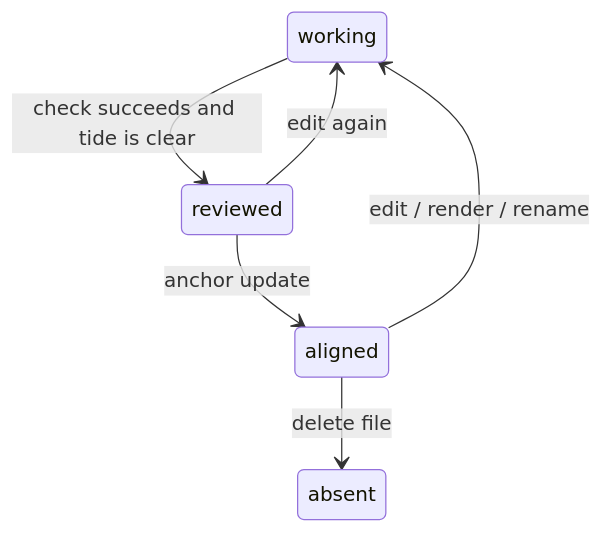
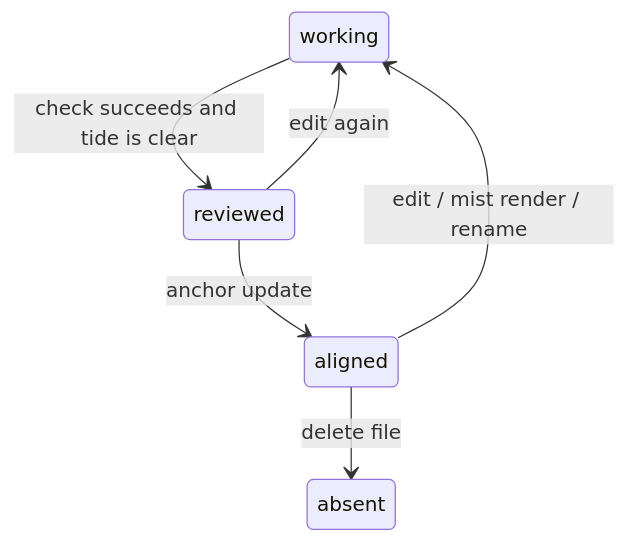
One commit to Gorgeous-Patrick/sirno changed the second of 3 diagrams in sirno-lake/entry-lifecycle.md. Above: the diagram before and after it, drawn with Mermaid. The commit also changed other lines of this file and 11 other files, not shown here.

````diff
--- a/sirno-lake/entry-lifecycle.md
+++ b/sirno-lake/entry-lifecycle.md
@@ -42,9 +42,9 @@
 ```mermaid
 stateDiagram-v2
     working --> reviewed: check succeeds and tide is clear
     reviewed --> aligned: anchor update
     reviewed --> working: edit again
 
-    aligned --> working: edit / render / rename
+    aligned --> working: edit / mist render / rename
     aligned --> absent: delete file
 ```
````
